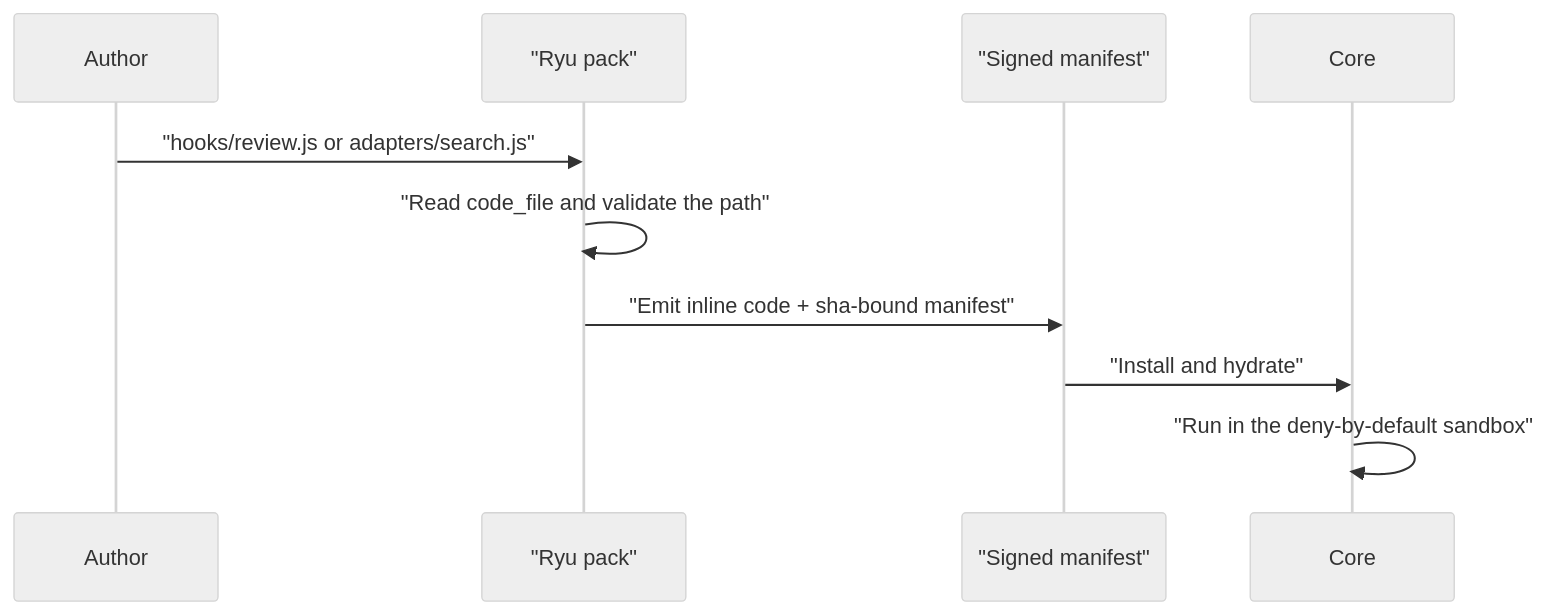
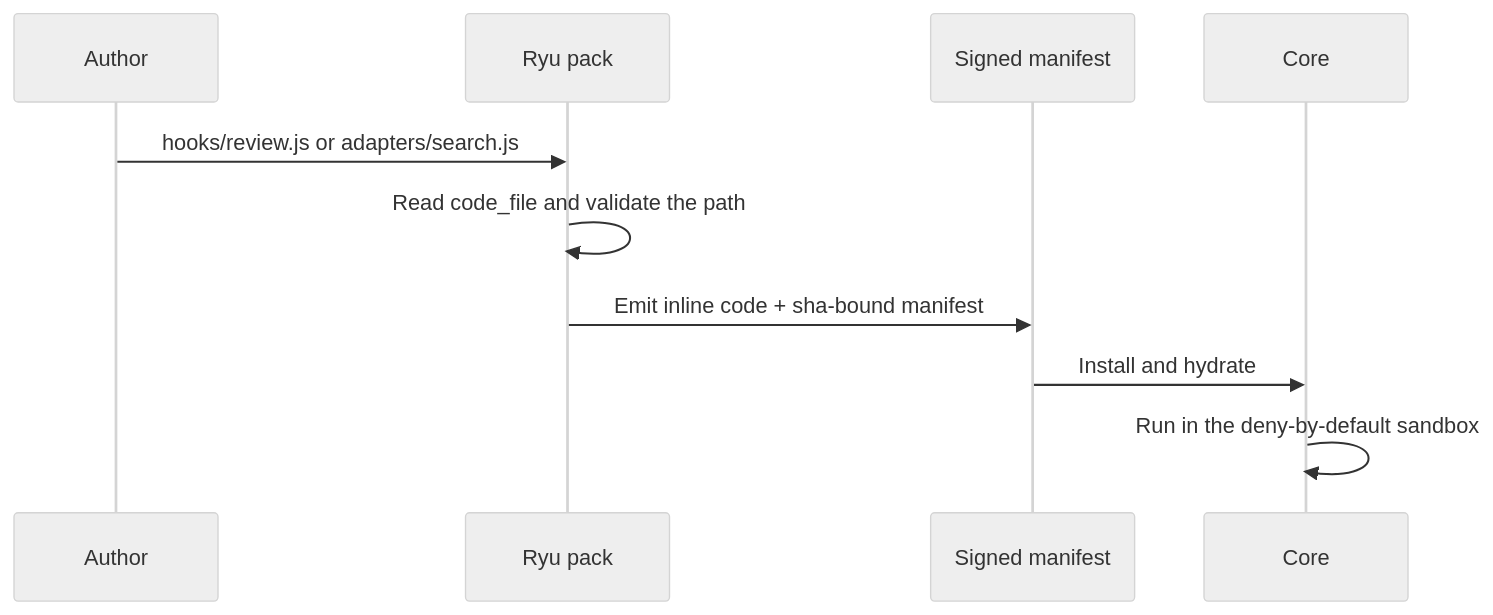
Before and after one commit to amajorai/ryu-docs: the second of 2 diagrams in content/docs/extend/develop/extensions/extension-folder-layouts.mdx, drawn with Mermaid (neutral theme). The commit also changed other lines of this file and 2642 other files, not shown here.

````diff
--- a/content/docs/extend/develop/extensions/extension-folder-layouts.mdx
+++ b/content/docs/extend/develop/extensions/extension-folder-layouts.mdx
@@ -42,12 +42,12 @@
 ```mermaid
 sequenceDiagram
   participant Author
-  participant Pack as "Ryu pack"
-  participant Signed as "Signed manifest"
+  participant Pack as Ryu pack
+  participant Signed as Signed manifest
   participant Core
-  Author->>Pack: "hooks/review.js or adapters/search.js"
-  Pack->>Pack: "Read code_file and validate the path"
-  Pack->>Signed: "Emit inline code + sha-bound manifest"
-  Signed->>Core: "Install and hydrate"
-  Core->>Core: "Run in the deny-by-default sandbox"
+  Author->>Pack: hooks/review.js or adapters/search.js
+  Pack->>Pack: Read code_file and validate the path
+  Pack->>Signed: Emit inline code + sha-bound manifest
+  Signed->>Core: Install and hydrate
+  Core->>Core: Run in the deny-by-default sandbox
 ```
````
